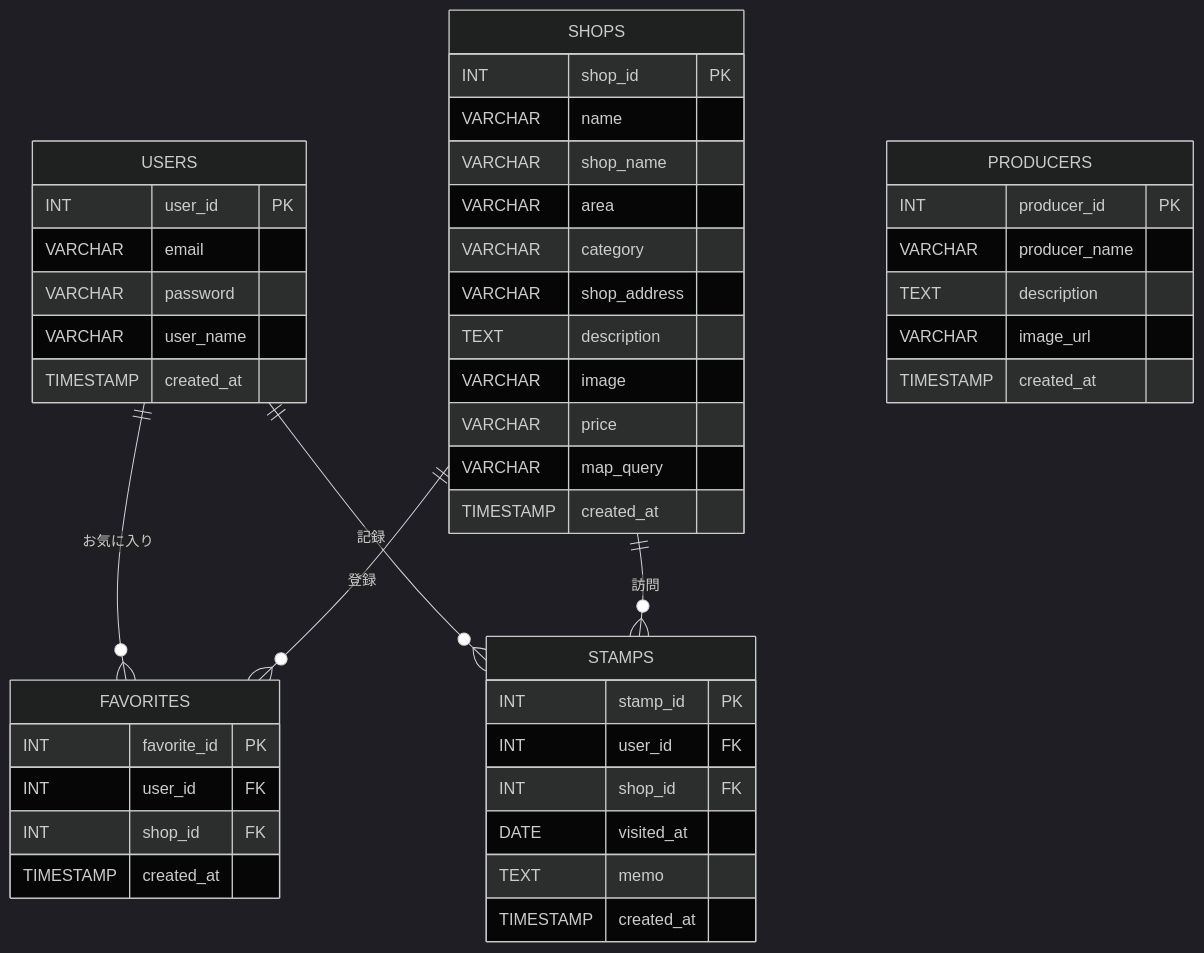
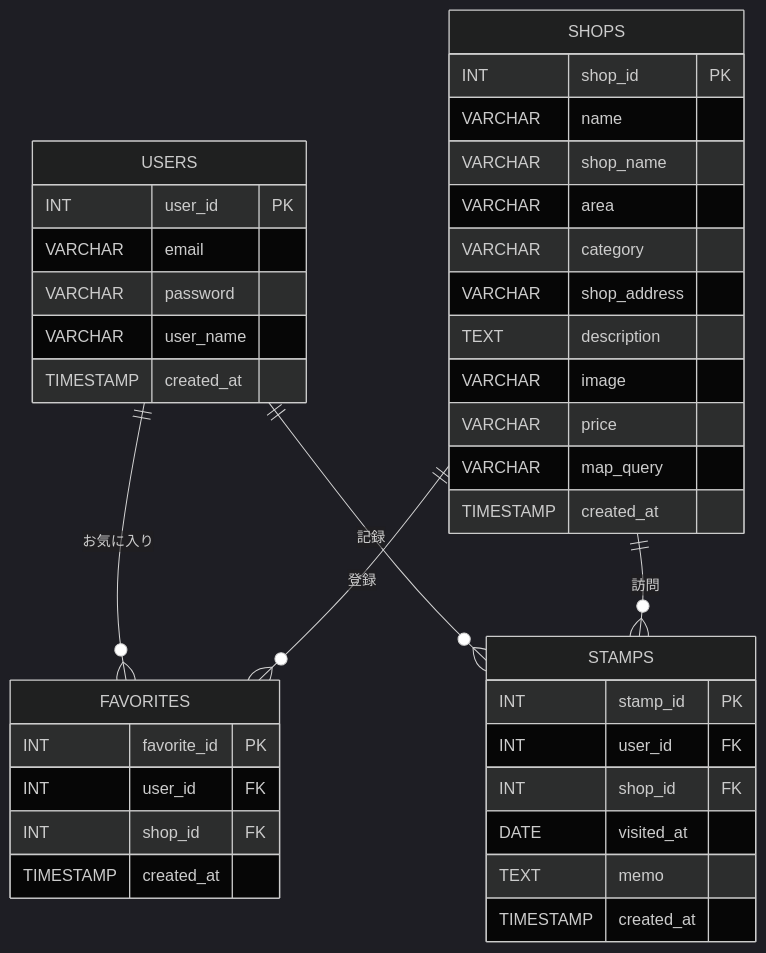
Before and after one commit to masa0090089/tokachi-wagyu-navi: the diagram in README.md, drawn with Mermaid (dark theme). The commit also changed other lines of this file, not shown here.

````diff
--- a/README.md
+++ b/README.md
@@ -47,55 +48,47 @@
 ```mermaid
 erDiagram
 
     USERS ||--o{ FAVORITES : "お気に入り"
     SHOPS ||--o{ FAVORITES : "登録"
 
     USERS ||--o{ STAMPS : "記録"
     SHOPS ||--o{ STAMPS : "訪問"
 
     USERS {
         INT user_id PK
         VARCHAR email
         VARCHAR password
         VARCHAR user_name
-        TIMESTAMP created_at
-    }
-
-    PRODUCERS {
-        INT producer_id PK
-        VARCHAR producer_name
-        TEXT description
-        VARCHAR image_url
         TIMESTAMP created_at
     }
 
     SHOPS {
         INT shop_id PK
         VARCHAR name
         VARCHAR shop_name
         VARCHAR area
         VARCHAR category
         VARCHAR shop_address
         TEXT description
         VARCHAR image
         VARCHAR price
         VARCHAR map_query
         TIMESTAMP created_at
     }
 
     FAVORITES {
         INT favorite_id PK
         INT user_id FK
         INT shop_id FK
         TIMESTAMP created_at
     }
 
     STAMPS {
         INT stamp_id PK
         INT user_id FK
         INT shop_id FK
         DATE visited_at
         TEXT memo
         TIMESTAMP created_at
     }
 ```
````
